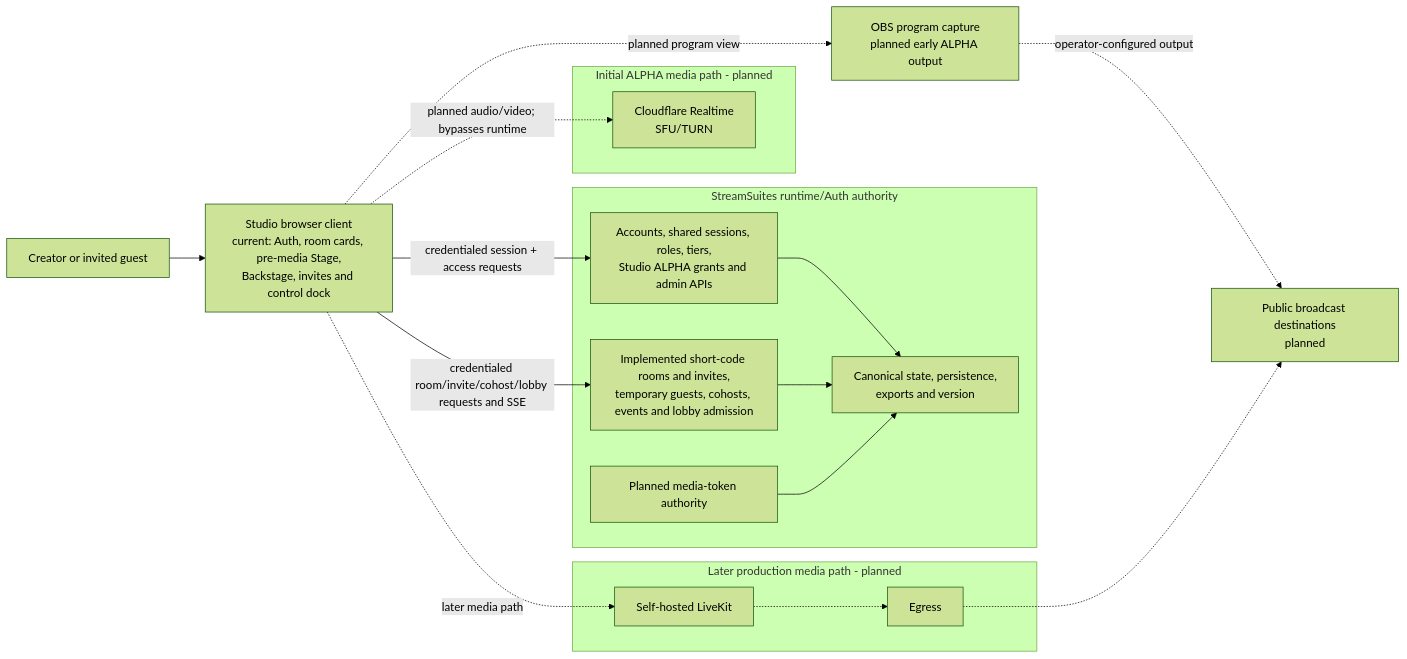
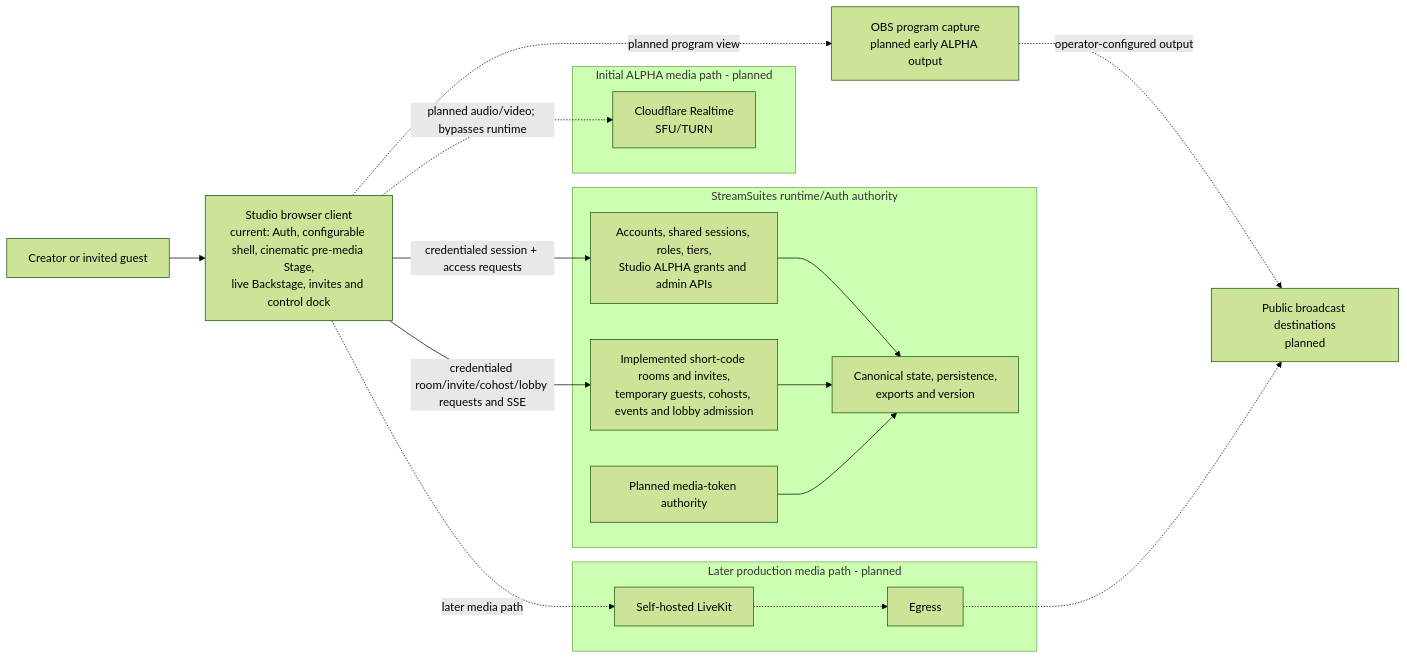
One commit to BSMediaGroup/StreamSuites-Studio changed the diagram in docs/system-architecture.md. Above: the diagram before and after it, drawn with Mermaid (forest theme). The commit also changed other lines of this file and 15 other files, not shown here.

First line of the commit message:
Add configurable Studio chrome and cinematic mode

````diff
--- a/docs/system-architecture.md
+++ b/docs/system-architecture.md
@@ -9,39 +9,39 @@
 ```mermaid
 flowchart LR
     User["Creator or invited guest"]
-    Studio["Studio browser client<br/>current: Auth, room cards, pre-media Stage,<br/>Backstage, invites and control dock"]
+    Studio["Studio browser client<br/>current: Auth, configurable shell, cinematic pre-media Stage,<br/>live Backstage, invites and control dock"]
 
     subgraph Runtime["StreamSuites runtime/Auth authority"]
         Auth["Accounts, shared sessions, roles, tiers,<br/>Studio ALPHA grants and admin APIs"]
         Rooms["Implemented short-code rooms and invites,<br/>temporary guests, cohosts, events and lobby admission"]
         MediaTokens["Planned media-token authority"]
         State["Canonical state, persistence,<br/>exports and version"]
     end
 
     subgraph InitialMedia["Initial ALPHA media path - planned"]
         Realtime["Cloudflare Realtime<br/>SFU/TURN"]
     end
 
     subgraph ProductionMedia["Later production media path - planned"]
         LiveKit["Self-hosted LiveKit"]
         Egress["Egress"]
     end
 
     OBS["OBS program capture<br/>planned early ALPHA output"]
     Destinations["Public broadcast destinations<br/>planned"]
 
     User --> Studio
     Studio -->|"credentialed session + access requests"| Auth
     Studio -->|"credentialed room/invite/cohost/lobby requests and SSE"| Rooms
     Auth --> State
     Rooms --> State
     MediaTokens --> State
 
     Studio -. "planned audio/video; bypasses runtime" .-> Realtime
     Studio -. "planned program view" .-> OBS
     OBS -. "operator-configured output" .-> Destinations
 
     Studio -. "later media path" .-> LiveKit
     LiveKit -.-> Egress
     Egress -.-> Destinations
 ```
````
